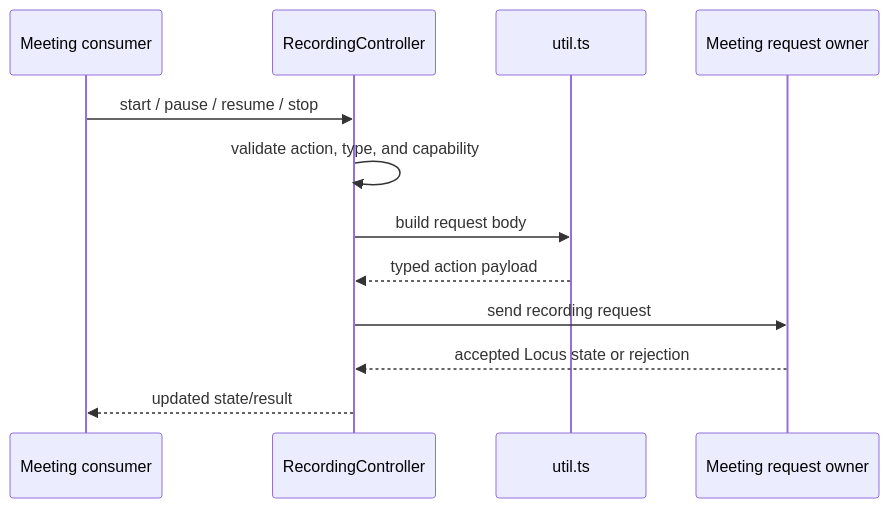
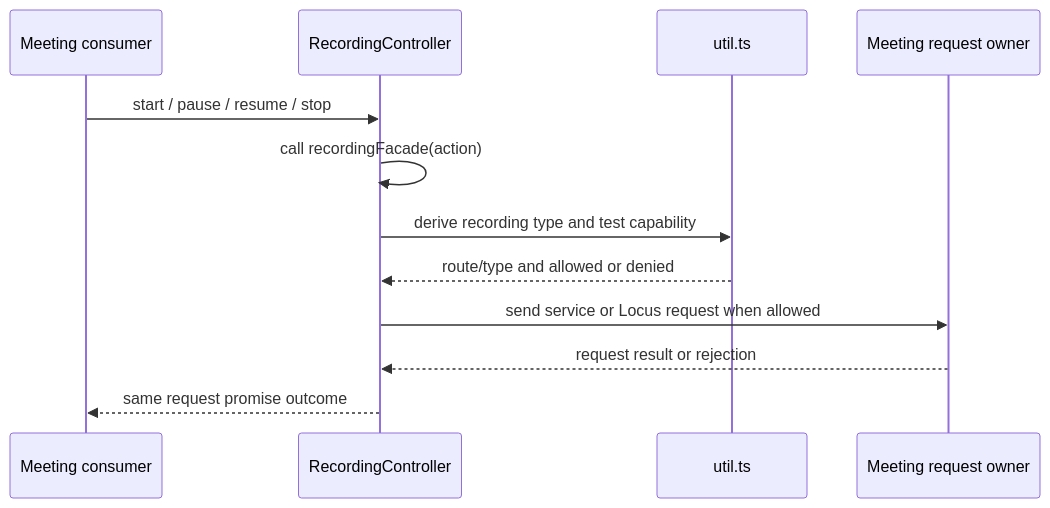
One commit to webex/webex-js-sdk changed the second of 4 diagrams in packages/@webex/plugin-meetings/src/recording-controller/ai-docs/recording-controller-spec.md. Above: the diagram before and after it, drawn with Mermaid. The commit also changed other lines of this file and 24 other files, not shown here.

````diff
--- a/packages/@webex/plugin-meetings/src/recording-controller/ai-docs/recording-controller-spec.md
+++ b/packages/@webex/plugin-meetings/src/recording-controller/ai-docs/recording-controller-spec.md
@@ -120,14 +124,14 @@
 ```mermaid
 sequenceDiagram
   participant C as Meeting consumer
   participant R as RecordingController
   participant U as util.ts
   participant M as Meeting request owner
   C->>R: start / pause / resume / stop
-  R->>R: validate action, type, and capability
-  R->>U: build request body
-  U-->>R: typed action payload
-  R->>M: send recording request
-  M-->>R: accepted Locus state or rejection
-  R-->>C: updated state/result
+  R->>R: call recordingFacade(action)
+  R->>U: derive recording type and test capability
+  U-->>R: route/type and allowed or denied
+  R->>M: send service or Locus request when allowed
+  M-->>R: request result or rejection
+  R-->>C: same request promise outcome
 ```
````
